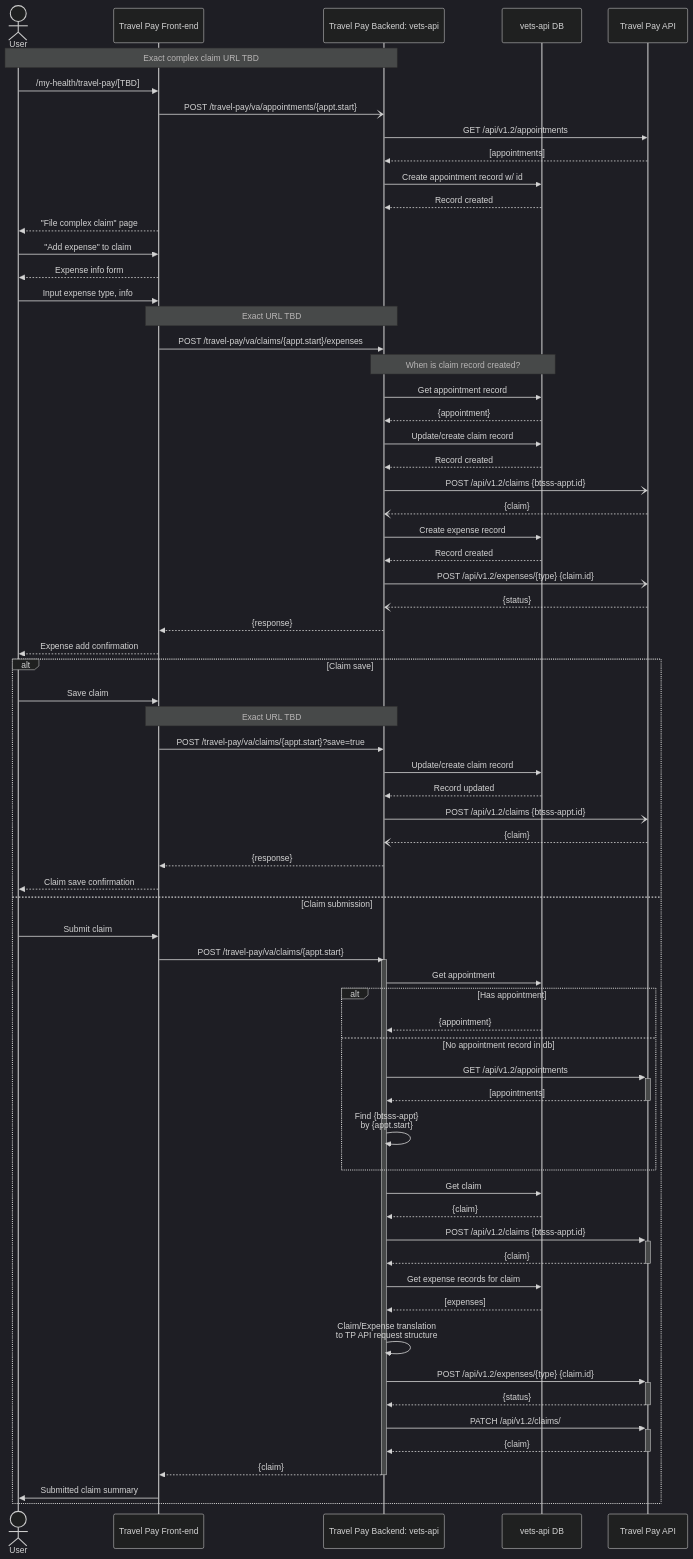
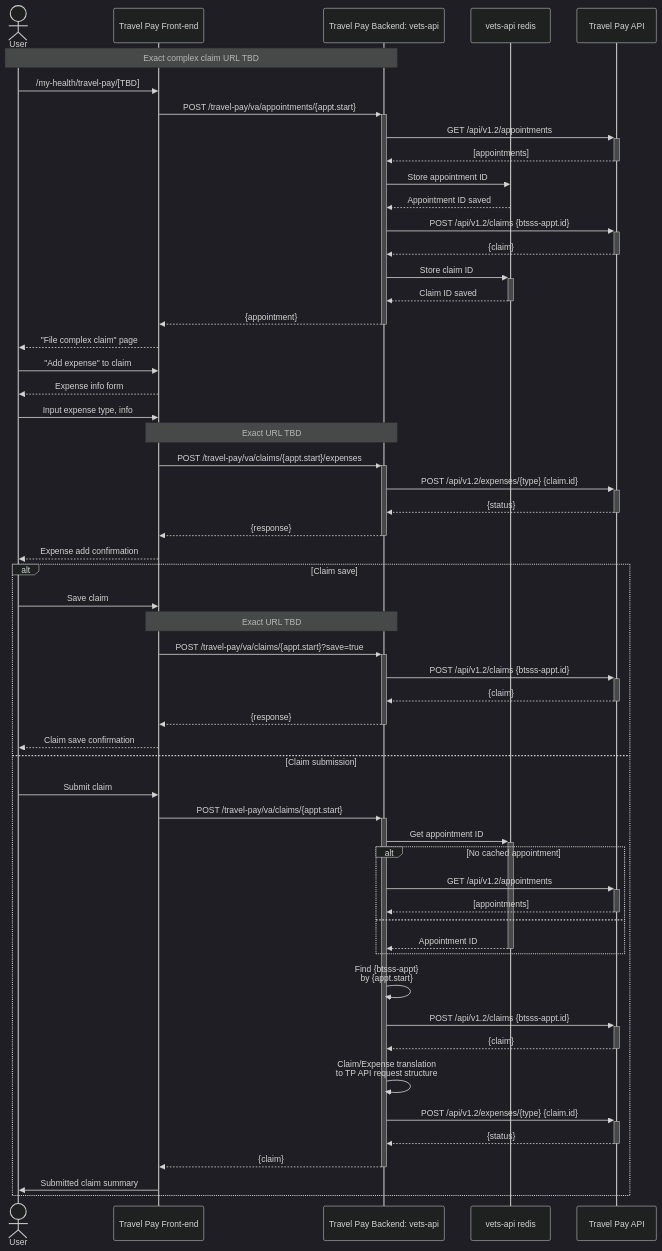
One commit to department-of-veterans-affairs/va.gov-team changed the diagram in products/health-care/beneficiary-travel/engineering/complex_claims/expenses/sequence_diagrams.md. Above: the diagram before and after it, drawn with Mermaid (dark theme).

Commit message:
Unwind some async ideas

````diff
--- a/products/health-care/beneficiary-travel/engineering/complex_claims/expenses/sequence_diagrams.md
+++ b/products/health-care/beneficiary-travel/engineering/complex_claims/expenses/sequence_diagrams.md
@@ -5,17 +5,21 @@
     actor user as User
     participant tp as Travel Pay Front-end
     participant tpm as Travel Pay Backend: vets-api
-    participant db as vets-api DB
+    participant cache as vets-api redis
     participant tpapi as Travel Pay API
 
     Note over user,tpm: Exact complex claim URL TBD
     user ->> tp: /my-health/travel-pay/[TBD]
-    tp -) tpm: POST /travel-pay/va/appointments/{appt.start}
-    tpm ->> tpapi: GET /api/v1.2/appointments
-    tpapi -->> tpm: [appointments]
-    tpm ->> db: Create appointment record w/ id
-    db -->> tpm: Record created
-
+    tp ->>+ tpm: POST /travel-pay/va/appointments/{appt.start}
+    tpm ->>+ tpapi: GET /api/v1.2/appointments
+    tpapi -->>- tpm: [appointments]
+    tpm ->> cache: Store appointment ID
+    cache -->> tpm: Appointment ID saved
+    tpm ->>+ tpapi: POST /api/v1.2/claims {btsss-appt.id}
+    tpapi -->>- tpm: {claim}
+    tpm ->>+ cache: Store claim ID
+    cache -->>- tpm: Claim ID saved
+    tpm -->>- tp: {appointment}
     tp -->> user: "File complex claim" page
 
     user ->> tp: "Add expense" to claim
@@ -24,68 +28,43 @@
     user ->> tp: Input expense type, info
 
     Note over tp,tpm: Exact URL TBD
-    tp ->> tpm: POST /travel-pay/va/claims/{appt.start}/expenses
+    tp ->>+ tpm: POST /travel-pay/va/claims/{appt.start}/expenses
+    tpm ->>+ tpapi: POST /api/v1.2/expenses/{type} {claim.id}
+    tpapi -->>- tpm: {status}
 
-    Note over tpm,db: When is claim record created?
-    tpm ->> db: Get appointment record
-    db -->> tpm: {appointment}
-    tpm ->> db: Update/create claim record
-    db -->> tpm: Record created
-    tpm -) tpapi: POST /api/v1.2/claims {btsss-appt.id}
-    tpapi --) tpm: {claim}
-
-    tpm ->> db: Create expense record
-    db -->> tpm: Record created
-    tpm -) tpapi: POST /api/v1.2/expenses/{type} {claim.id}
-    tpapi --) tpm: {status}
-
-    tpm -->> tp: {response}
+    tpm -->>- tp: {response}
     tp -->> user: Expense add confirmation
 
     alt Claim save
         user ->> tp: Save claim
 
         Note over tp,tpm: Exact URL TBD
-        tp ->> tpm: POST /travel-pay/va/claims/{appt.start}?save=true
-        tpm ->> db: Update/create claim record
-        db -->> tpm: Record updated
-        tpm -) tpapi: POST /api/v1.2/claims {btsss-appt.id}
-        tpapi --) tpm: {claim}
-        tpm -->> tp: {response}
+        tp ->>+ tpm: POST /travel-pay/va/claims/{appt.start}?save=true
+        tpm ->>+ tpapi: POST /api/v1.2/claims {btsss-appt.id}
+        tpapi -->>- tpm: {claim}
+        tpm -->>- tp: {response}
         tp -->> user: Claim save confirmation
     else Claim submission
         user ->> tp: Submit claim
-        tp ->> tpm: POST /travel-pay/va/claims/{appt.start}
-
-        activate tpm
-          tpm ->> db: Get appointment
-          alt Has appointment
-            db -->> tpm: {appointment} 
-          else No appointment record in db
+        tp ->>+ tpm: POST /travel-pay/va/claims/{appt.start}
+        tpm ->>+ cache: Get appointment ID
+        alt No cached appointment
             tpm ->>+ tpapi: GET /api/v1.2/appointments
             tpapi -->>- tpm: [appointments]
-            tpm ->> tpm: Find {btsss-appt}<br /> by {appt.start}
-          end
+        else
+            cache -->>- tpm: Appointment ID
+        end
+        tpm ->> tpm: Find {btsss-appt}<br /> by {appt.start}
 
-          tpm ->> db: Get claim
-          db -->> tpm: {claim}
+        tpm ->>+ tpapi: POST /api/v1.2/claims {btsss-appt.id}
+        tpapi -->>- tpm: {claim}
 
-          tpm ->>+ tpapi: POST /api/v1.2/claims {btsss-appt.id}
-          tpapi -->>- tpm: {claim}
+        tpm ->> tpm: Claim/Expense translation<br/>to TP API request structure
 
-          tpm ->> db: Get expense records for claim
-          db -->> tpm: [expenses]
-          tpm ->> tpm: Claim/Expense translation<br/>to TP API request structure
+        tpm ->>+ tpapi: POST /api/v1.2/expenses/{type} {claim.id}
+        tpapi -->>- tpm: {status}
 
-          tpm ->>+ tpapi: POST /api/v1.2/expenses/{type} {claim.id}
-          tpapi -->>- tpm: {status}
-
-          tpm ->>+ tpapi: PATCH /api/v1.2/claims/#{claim.id}/submit
-          tpapi -->>- tpm: {claim}
-
-          tpm -->> tp: {claim}
-        deactivate tpm
-
+        tpm -->>- tp: {claim}
         tp ->> user: Submitted claim summary
     end
 ```
````
